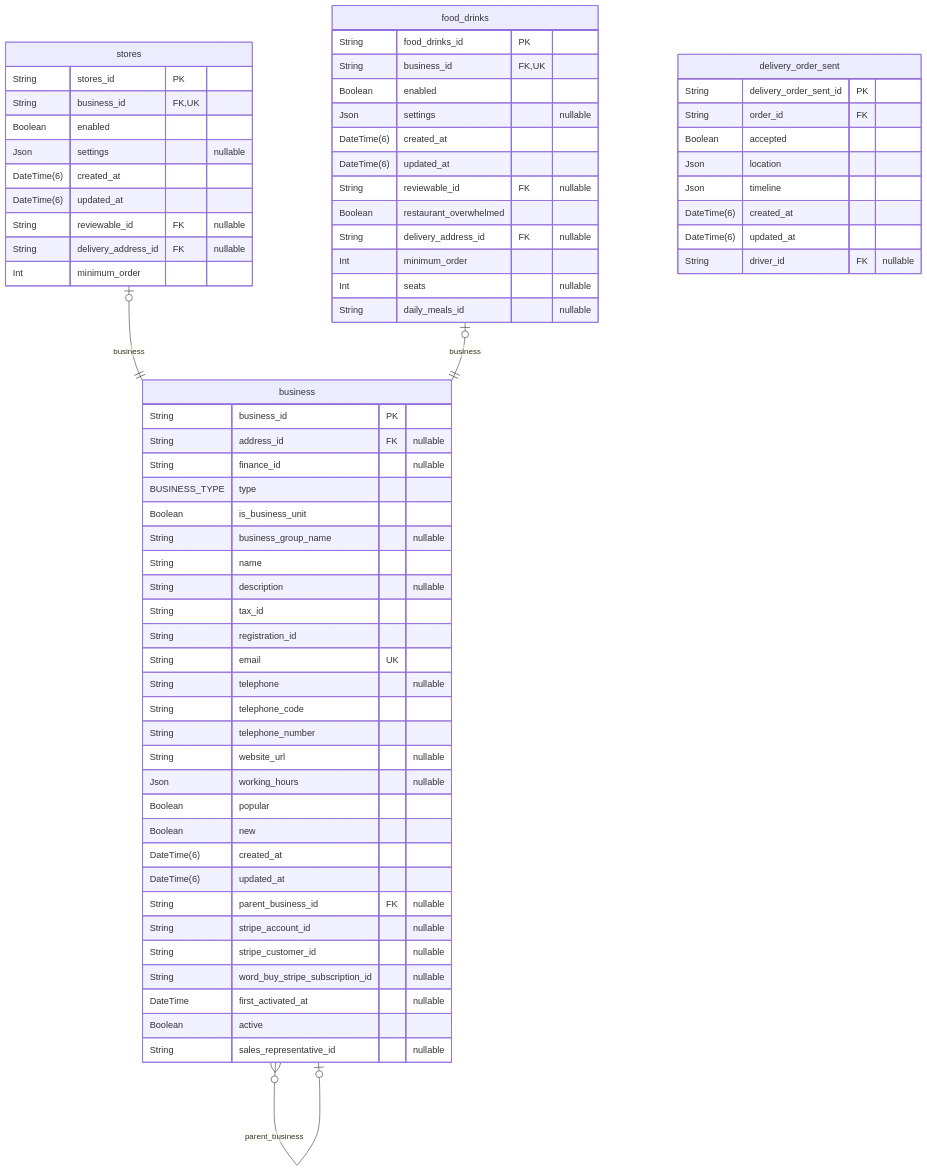
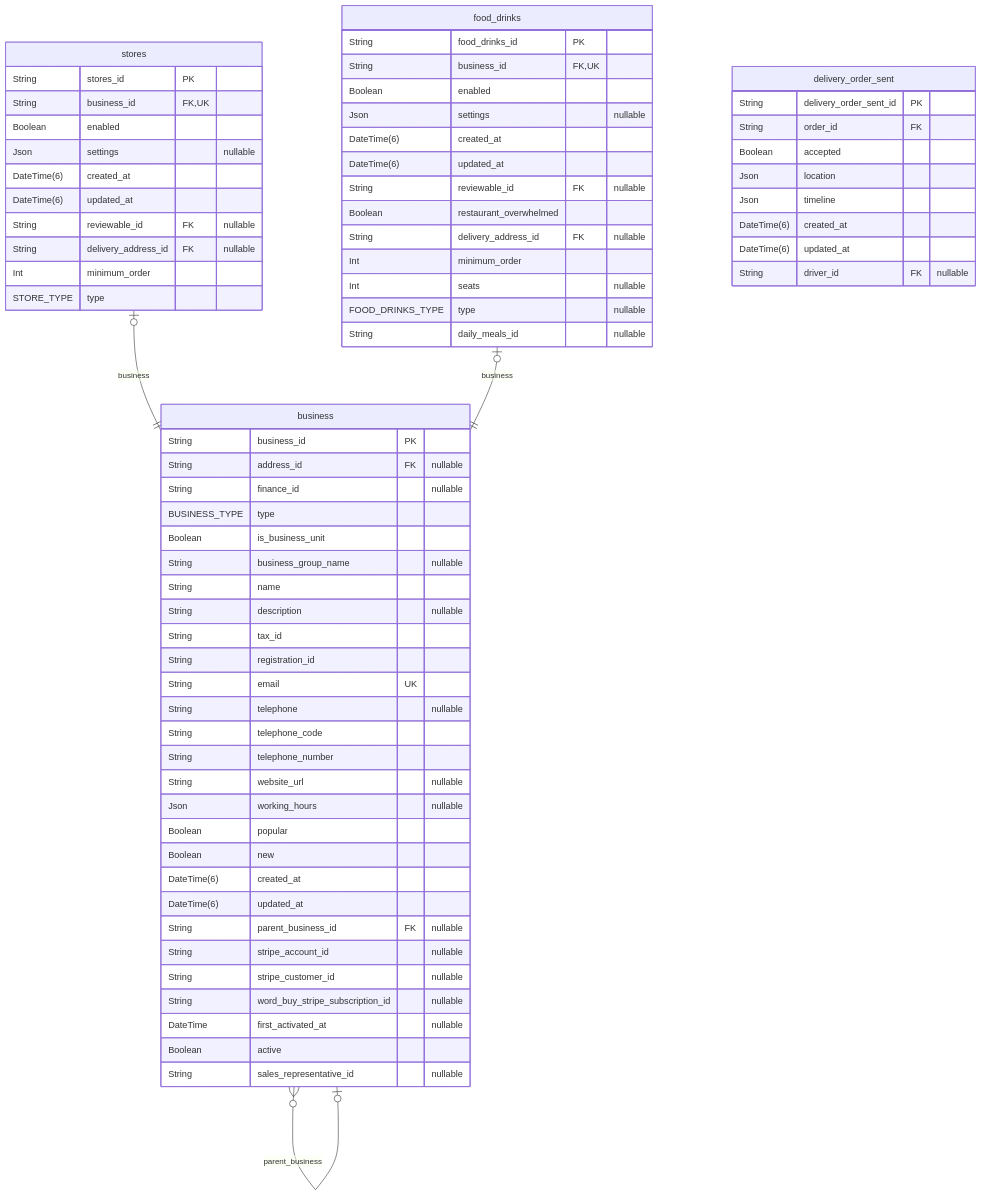
Diagram 18 of 38 in prisma/schemas/ERD.md (pbozic/be-analyisis), drawn with Mermaid before and after one commit. The commit also changed other lines of this file and 1 other file, not shown here.

Commit message:
feature: table reservations/merchant type update

````diff
--- a/prisma/schemas/ERD.md
+++ b/prisma/schemas/ERD.md
@@ -4443,70 +4444,72 @@
 ```mermaid
 erDiagram
 "stores" {
   String stores_id PK
   String business_id FK,UK
   Boolean enabled
   Json settings "nullable"
   DateTime(6) created_at
   DateTime(6) updated_at
   String reviewable_id FK "nullable"
   String delivery_address_id FK "nullable"
   Int minimum_order
+  STORE_TYPE type
 }
 "food_drinks" {
   String food_drinks_id PK
   String business_id FK,UK
   Boolean enabled
   Json settings "nullable"
   DateTime(6) created_at
   DateTime(6) updated_at
   String reviewable_id FK "nullable"
   Boolean restaurant_overwhelmed
   String delivery_address_id FK "nullable"
   Int minimum_order
   Int seats "nullable"
+  FOOD_DRINKS_TYPE type "nullable"
   String daily_meals_id "nullable"
 }
 "business" {
   String business_id PK
   String address_id FK "nullable"
   String finance_id "nullable"
   BUSINESS_TYPE type
   Boolean is_business_unit
   String business_group_name "nullable"
   String name
   String description "nullable"
   String tax_id
   String registration_id
   String email UK
   String telephone "nullable"
   String telephone_code
   String telephone_number
   String website_url "nullable"
   Json working_hours "nullable"
   Boolean popular
   Boolean new
   DateTime(6) created_at
   DateTime(6) updated_at
   String parent_business_id FK "nullable"
   String stripe_account_id "nullable"
   String stripe_customer_id "nullable"
   String word_buy_stripe_subscription_id "nullable"
   DateTime first_activated_at "nullable"
   Boolean active
   String sales_representative_id "nullable"
 }
 "delivery_order_sent" {
   String delivery_order_sent_id PK
   String order_id FK
   Boolean accepted
   Json location
   Json timeline
   DateTime(6) created_at
   DateTime(6) updated_at
   String driver_id FK "nullable"
 }
 "stores" |o--|| "business" : business
 "food_drinks" |o--|| "business" : business
 "business" }o--o| "business" : parent_business
 ```
````
